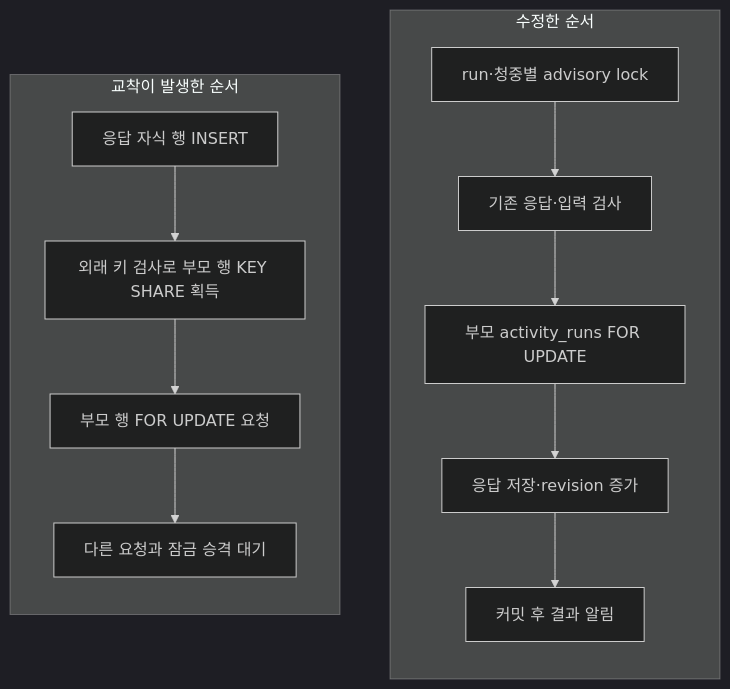
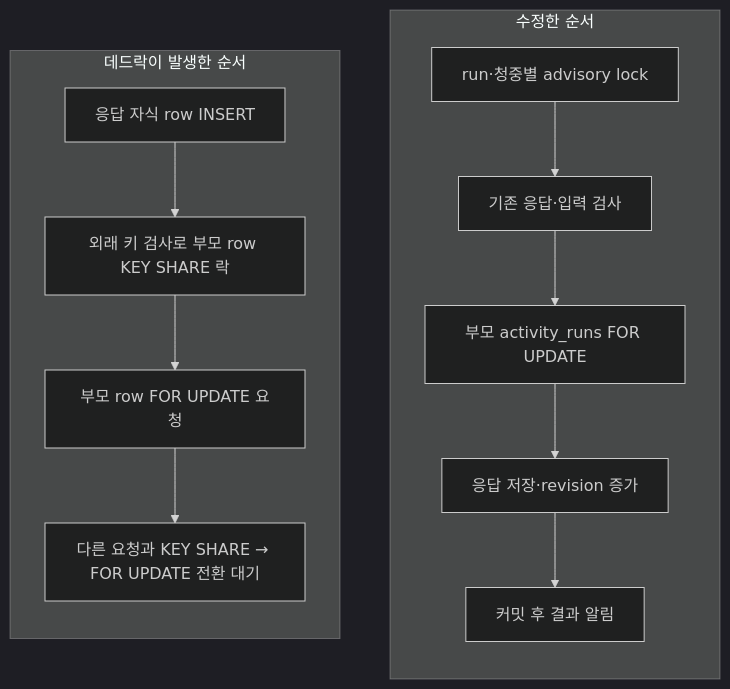
One commit to kdh949/Orbit changed the fifth of 5 diagrams in docs/contributions/kdh949.md. Above: the diagram before and after it, drawn with Mermaid (dark theme). The commit also changed other lines of this file and 27 other files, not shown here.

````diff
--- a/docs/contributions/kdh949.md
+++ b/docs/contributions/kdh949.md
@@ -199,17 +199,17 @@
 ```mermaid
 flowchart LR
-    subgraph before["교착이 발생한 순서"]
+    subgraph before["데드락이 발생한 순서"]
         direction TB
-        child["응답 자식 행 INSERT"] --> fk["외래 키 검사로 부모 행 KEY SHARE 획득"]
-        fk --> upgrade["부모 행 FOR UPDATE 요청"]
-        upgrade --> wait["다른 요청과 잠금 승격 대기"]
+        child["응답 자식 row INSERT"] --> fk["외래 키 검사로 부모 row KEY SHARE 락"]
+        fk --> upgrade["부모 row FOR UPDATE 요청"]
+        upgrade --> wait["다른 요청과 KEY SHARE → FOR UPDATE 전환 대기"]
     end
     subgraph after["수정한 순서"]
         direction TB
         advisory["run·청중별 advisory lock"] --> validate["기존 응답·입력 검사"]
         validate --> parent["부모 activity_runs FOR UPDATE"]
         parent --> save["응답 저장·revision 증가"]
         save --> commit["커밋 후 결과 알림"]
     end
     before ~~~ after
 ```
````
